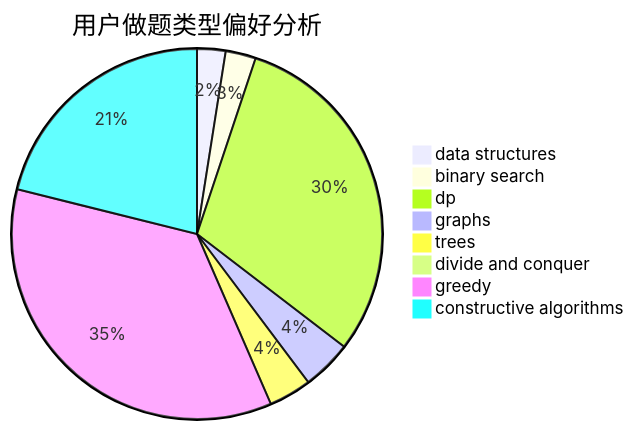
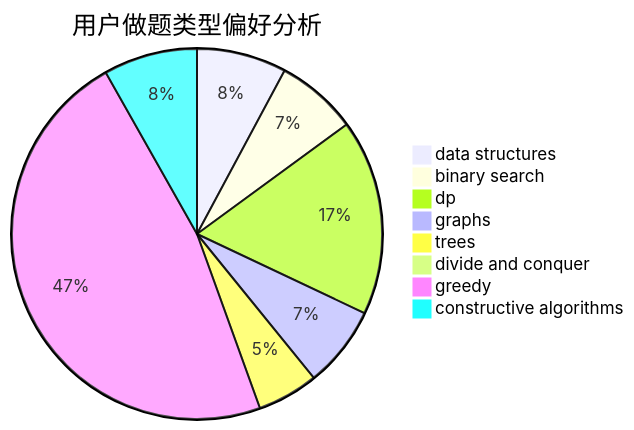
The second of 3 diagrams in docs/user/u2246.md (sherpahu/cfrs.github.io), drawn with Mermaid before and after one commit. The commit also changed other lines of this file and 2770 other files, not shown here.

````diff
--- a/docs/user/u2246.md
+++ b/docs/user/u2246.md
@@ -23,11 +23,11 @@
 ```mermaid
 pie title 用户做题类型偏好分析
-    "data structures" :  16
-    "binary search" :  17
-    "dp" :  195
-    "graphs" :  28
-    "trees" :  24
-    "divide and conquer" :  6
-    "greedy" :  228
-    "constructive algorithms" :  136
+    "data structures" :  22
+    "binary search" :  20
+    "dp" :  48
+    "graphs" :  20
+    "trees" :  15
+    "divide and conquer" :  1
+    "greedy" :  133
+    "constructive algorithms" :  23
 ```
````
